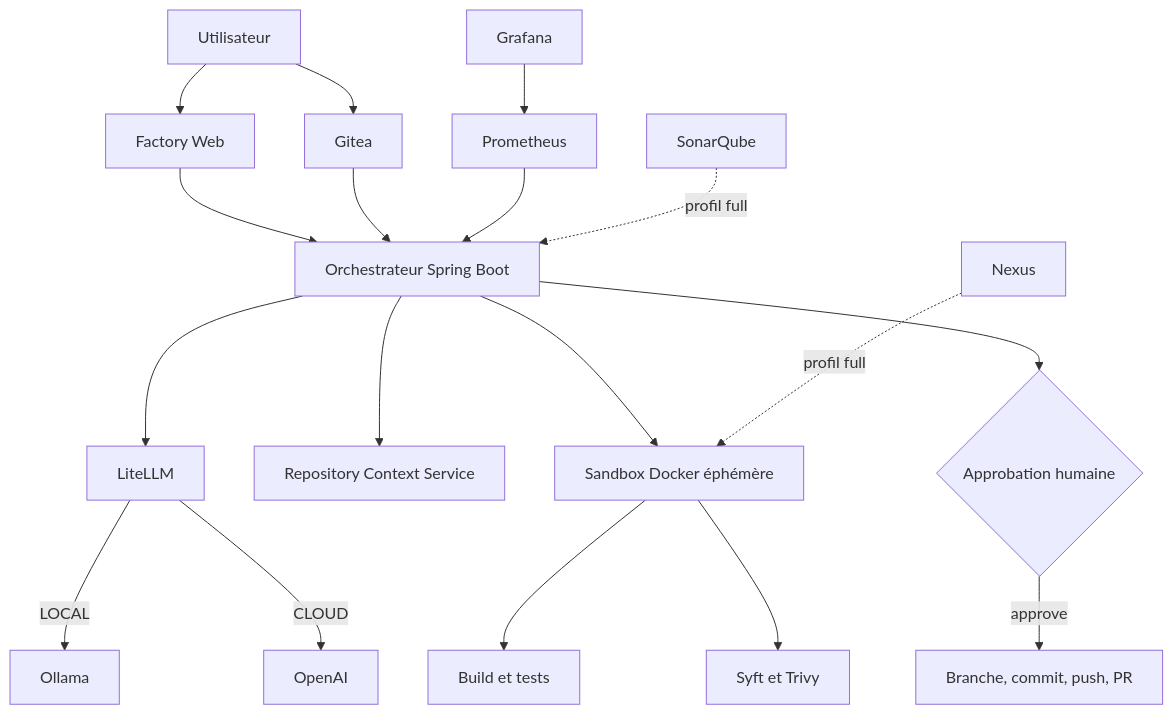
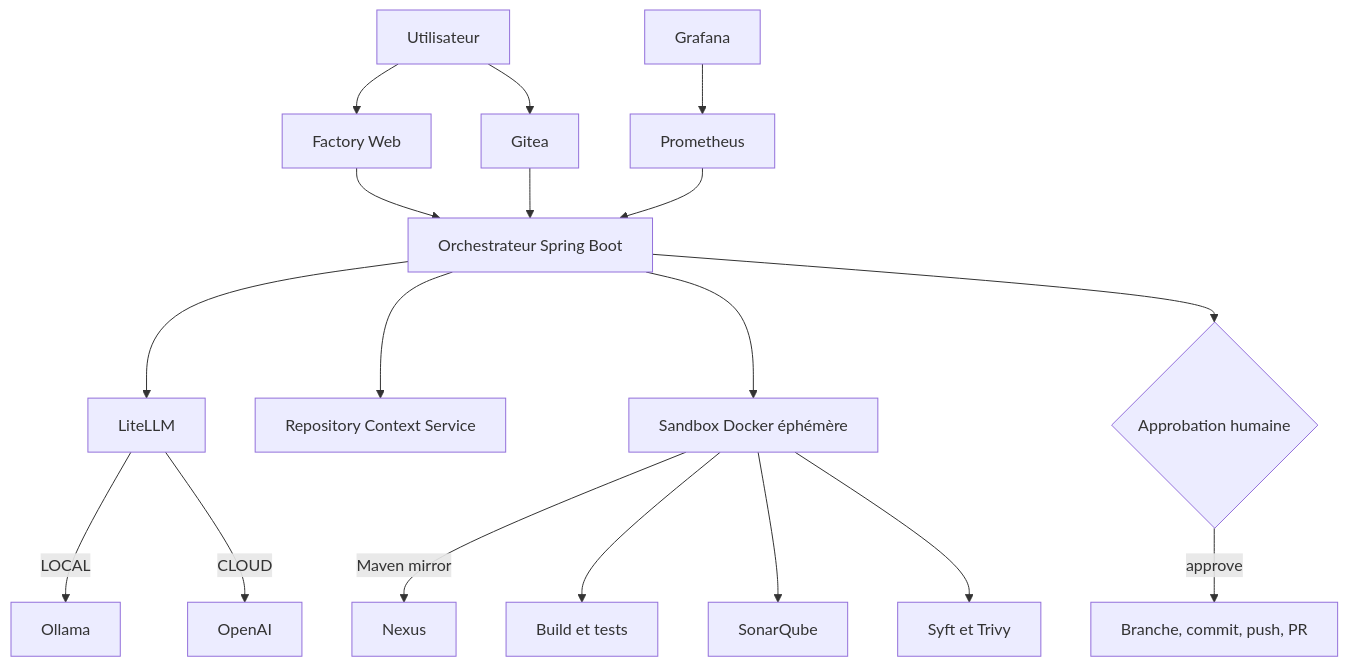
The first of 2 diagrams in docs/architecture.md (dbeaumont/ai-software-factory-local), drawn with Mermaid before and after one commit. The commit also changed other lines of this file and 23 other files, not shown here.

Commit message:
feat: déplacement de l'ancien profil full dans standard

````diff
--- a/docs/architecture.md
+++ b/docs/architecture.md
@@ -16,20 +16,20 @@
 ```mermaid
 flowchart TB
   USER[Utilisateur] --> WEB[Factory Web]
   USER --> GITEA[Gitea]
   WEB --> ORCH[Orchestrateur Spring Boot]
   ORCH --> LLM[LiteLLM]
   LLM -->|LOCAL| OLLAMA[Ollama]
   LLM -->|CLOUD| OPENAI[OpenAI]
   GITEA --> ORCH
   ORCH --> CTX[Repository Context Service]
   ORCH --> SANDBOX[Sandbox Docker éphémère]
+  SANDBOX -->|Maven mirror| NEXUS[Nexus]
   SANDBOX --> TESTS[Build et tests]
+  SANDBOX --> SONAR[SonarQube]
   SANDBOX --> SEC[Syft et Trivy]
   ORCH --> APPROVAL{Approbation humaine}
   APPROVAL -->|approve| PR[Branche, commit, push, PR]
   PROM[Prometheus] --> ORCH
   GRAF[Grafana] --> PROM
-  SONAR[SonarQube] -. profil full .-> ORCH
-  NEXUS[Nexus] -. profil full .-> SANDBOX
 ```
````
